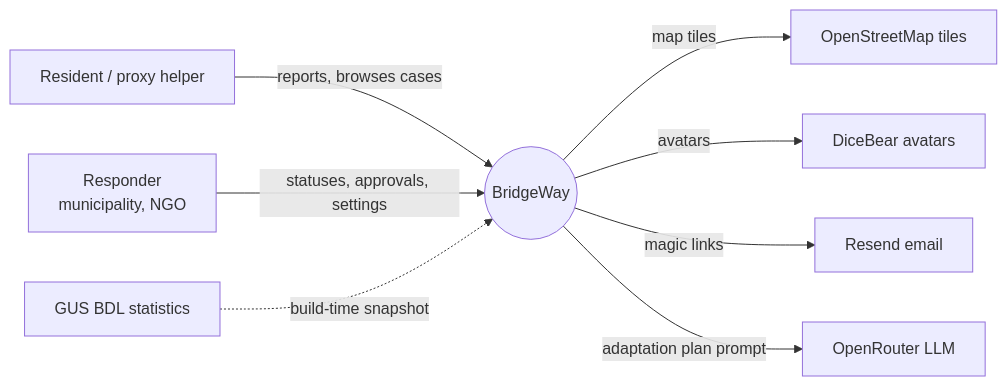
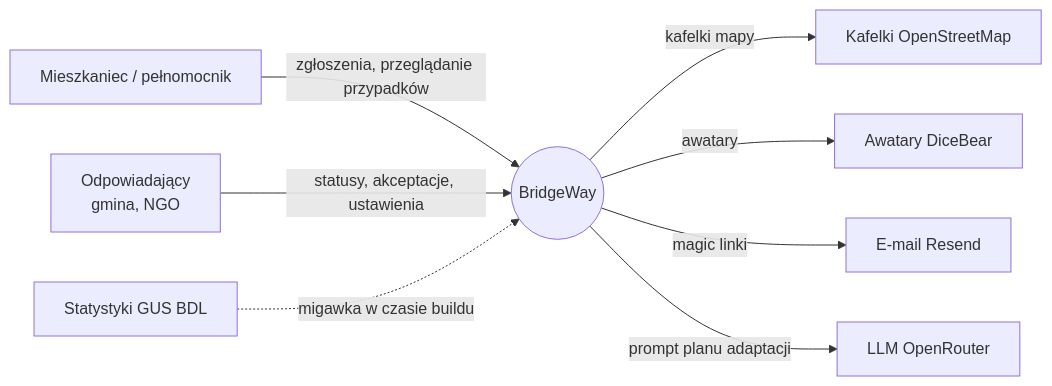
Before and after one commit to DLiHealer/bridgeway: the first of 8 diagrams in docs/ARCHITECTURE.md, drawn with Mermaid. The commit also changed other lines of this file and 11 other files, not shown here.

````diff
--- a/docs/ARCHITECTURE.md
+++ b/docs/ARCHITECTURE.md
@@ -34,19 +34,19 @@
 ```mermaid
 flowchart LR
-  R[Resident / proxy helper]
-  S[Responder<br/>municipality, NGO]
+  R[Mieszkaniec / pełnomocnik]
+  S[Odpowiadający<br/>gmina, NGO]
   BW((BridgeWay))
-  OSM[OpenStreetMap tiles]
-  DB2[DiceBear avatars]
-  RS[Resend email]
-  OR[OpenRouter LLM]
-  GUS[GUS BDL statistics]
+  OSM[Kafelki OpenStreetMap]
+  DB2[Awatary DiceBear]
+  RS[E-mail Resend]
+  OR[LLM OpenRouter]
+  GUS[Statystyki GUS BDL]
 
-  R -- reports, browses cases --> BW
-  S -- statuses, approvals, settings --> BW
-  BW -- map tiles --> OSM
-  BW -- avatars --> DB2
-  BW -- magic links --> RS
-  BW -- adaptation plan prompt --> OR
-  GUS -. build-time snapshot .-> BW
+  R -- zgłoszenia, przeglądanie przypadków --> BW
+  S -- statusy, akceptacje, ustawienia --> BW
+  BW -- kafelki mapy --> OSM
+  BW -- awatary --> DB2
+  BW -- magic linki --> RS
+  BW -- prompt planu adaptacji --> OR
+  GUS -. migawka w czasie buildu .-> BW
 ```
````
